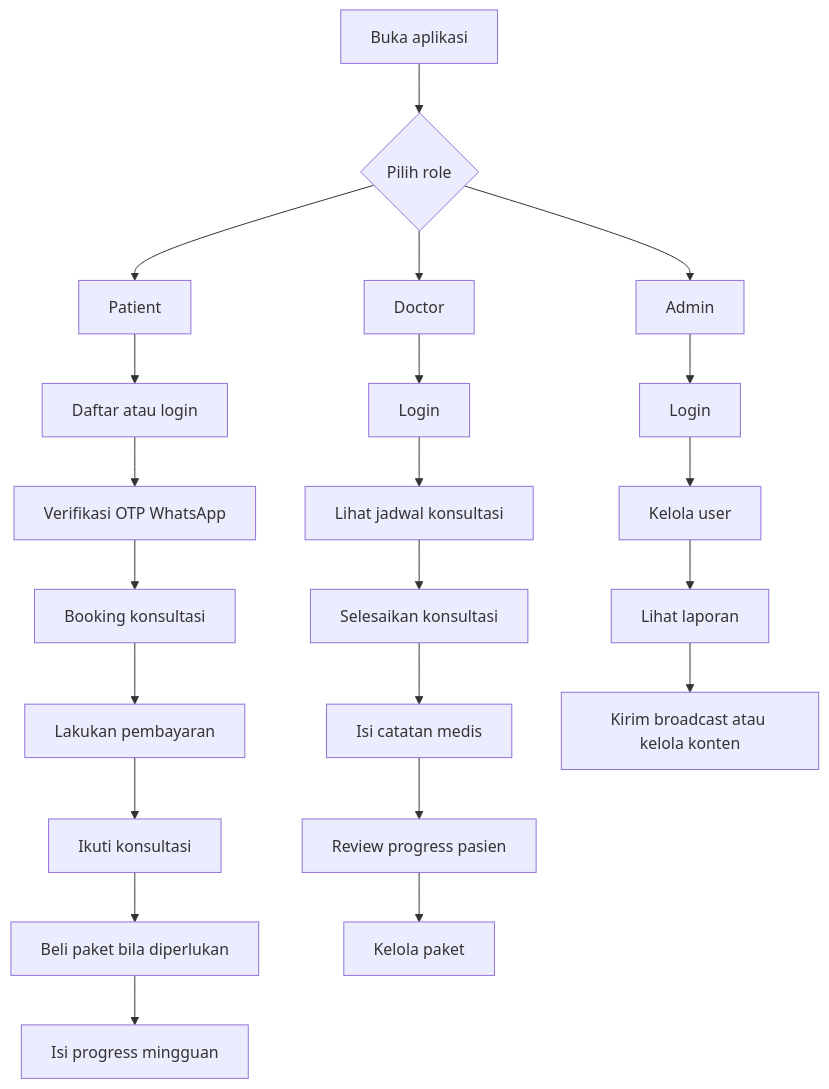
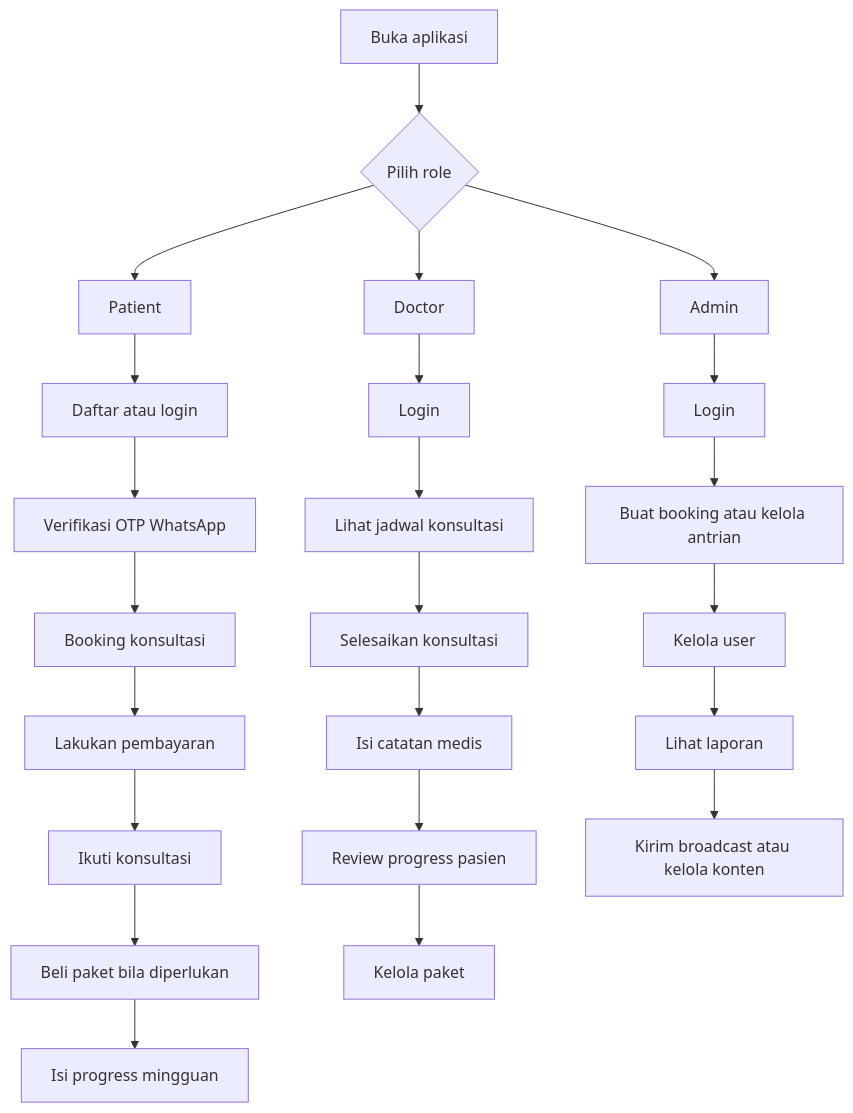
Before and after one commit to ranggacaw/more_apps: the first of 4 diagrams in docs/cara_menggunakan_aplikasi.md, drawn with Mermaid. The commit also changed other lines of this file and 9 other files, not shown here.

````diff
--- a/docs/cara_menggunakan_aplikasi.md
+++ b/docs/cara_menggunakan_aplikasi.md
@@ -15,27 +15,28 @@
 ```mermaid
 flowchart TD
     A[Buka aplikasi] --> B{Pilih role}
     B --> C[Patient]
     B --> D[Doctor]
     B --> E[Admin]
 
     C --> C1[Daftar atau login]
     C1 --> C2[Verifikasi OTP WhatsApp]
     C2 --> C3[Booking konsultasi]
     C3 --> C4[Lakukan pembayaran]
     C4 --> C5[Ikuti konsultasi]
     C5 --> C6[Beli paket bila diperlukan]
     C6 --> C7[Isi progress mingguan]
 
     D --> D1[Login]
     D1 --> D2[Lihat jadwal konsultasi]
     D2 --> D3[Selesaikan konsultasi]
     D3 --> D4[Isi catatan medis]
     D4 --> D5[Review progress pasien]
     D5 --> D6[Kelola paket]
 
     E --> E1[Login]
-    E1 --> E2[Kelola user]
-    E2 --> E3[Lihat laporan]
-    E3 --> E4[Kirim broadcast atau kelola konten]
+    E1 --> E2[Buat booking atau kelola antrian]
+    E2 --> E3[Kelola user]
+    E3 --> E4[Lihat laporan]
+    E4 --> E5[Kirim broadcast atau kelola konten]
 ```
````
